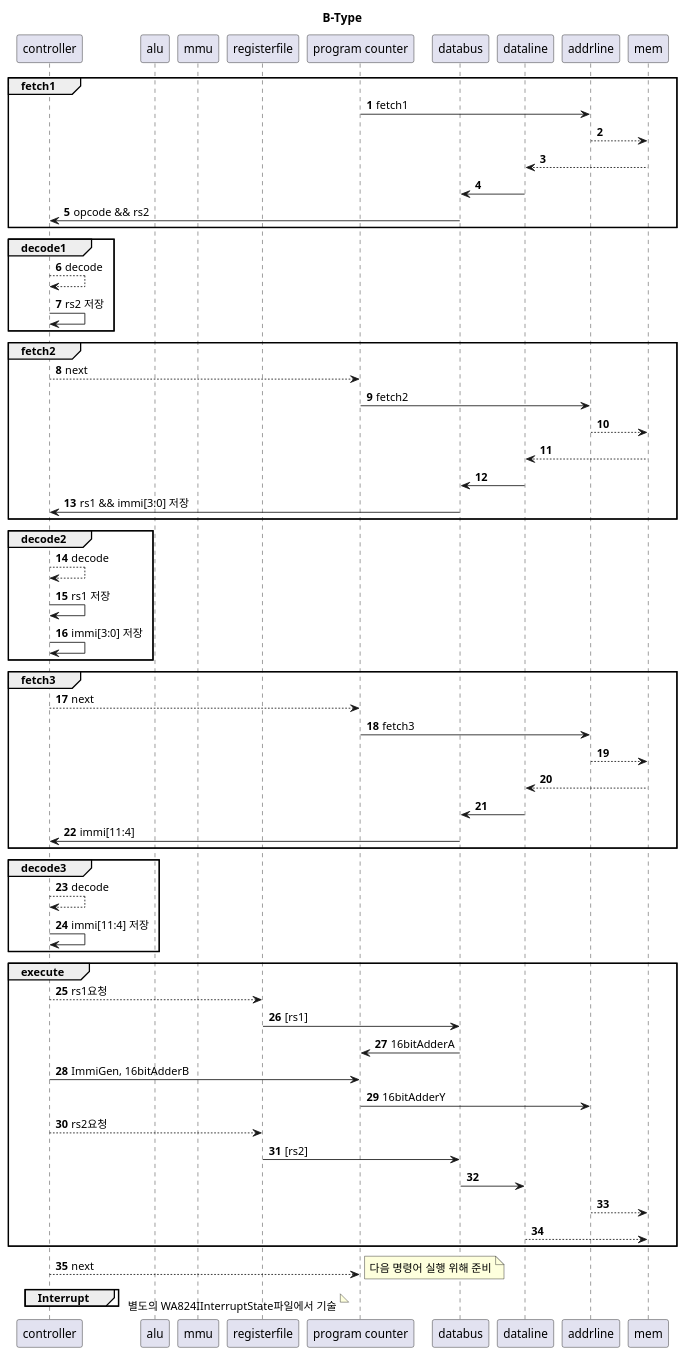
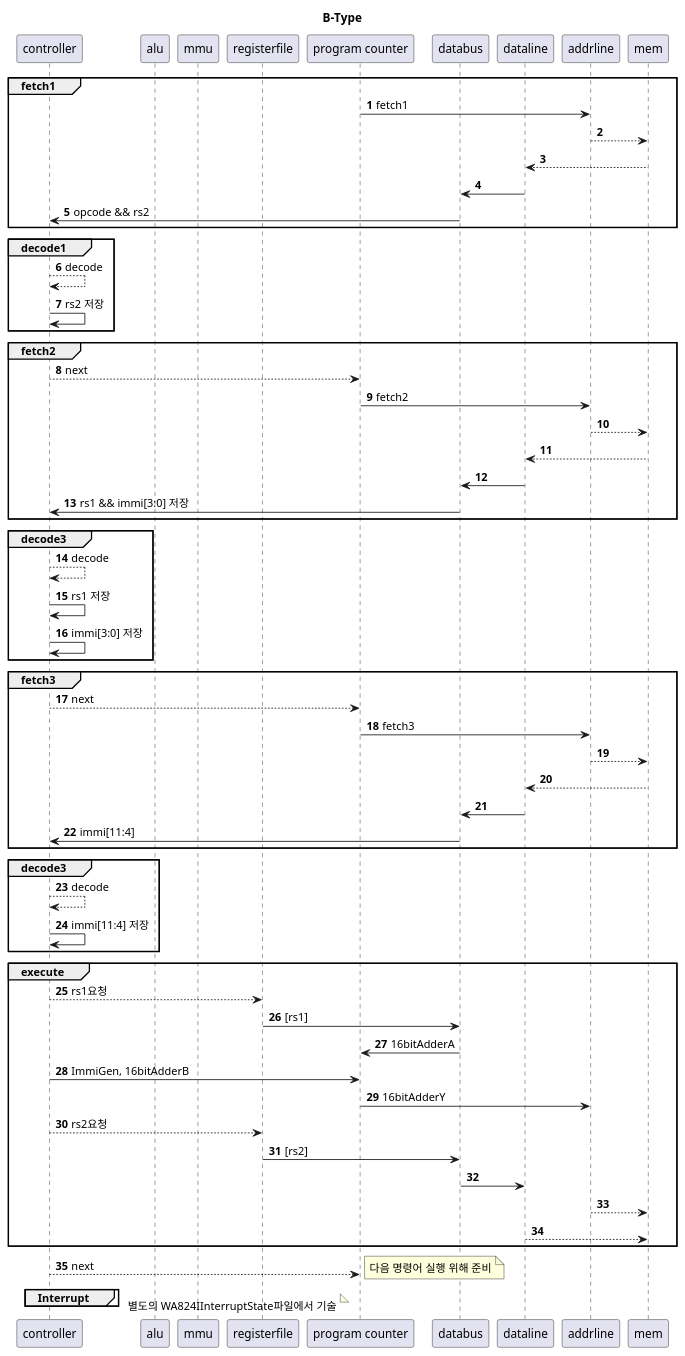
The diagram in wa824/docs/core/I/WA824IBTypeFlow.puml (BeomjunKim-3p/wach), drawn with PlantUML before and after one commit. The commit also changed 6 other files, not shown here.

Commit message:
Docs: fix control flow

```diff
--- a/wa824/docs/core/I/WA824IBTypeFlow.puml
+++ b/wa824/docs/core/I/WA824IBTypeFlow.puml
@@ -1,75 +1,75 @@
 @startuml
 title B-Type
 autonumber
 participant controller         as ct
 participant alu                as al
 participant mmu                as mm
 participant registerfile       as rf
 participant "program counter"  as pc
 participant databus            as db
 participant dataline           as dl
 participant addrline           as ad
 participant mem                as me
 
 group fetch1
   pc -> ad : fetch1
   ad --> me
   me --> dl
   dl -> db
   db -> ct : opcode && rs2
 end
 
 group decode1
   ct --> ct : decode
   ct -> ct : rs2 저장
 end
 
 group fetch2
   ct --> pc : next
   pc -> ad : fetch2
   ad --> me
   me --> dl
   dl -> db
   db -> ct : rs1 && immi[3:0] 저장
 end
 
-group decode2
+group decode3
   ct --> ct : decode
   ct -> ct : rs1 저장
   ct -> ct : immi[3:0] 저장
 end
 
 group fetch3
   ct --> pc : next
   pc -> ad : fetch3
   ad --> me
   me --> dl
   dl -> db
   db -> ct : immi[11:4]
 end
 
 group decode3
   ct --> ct : decode
   ct -> ct : immi[11:4] 저장
 end
 
 group execute
   ct --> rf : rs1요청
   rf -> db : [rs1]
   db -> pc : 16bitAdderA
   ct -> pc : ImmiGen, 16bitAdderB
   pc -> ad : 16bitAdderY
   ct --> rf: rs2요청
   rf -> db : [rs2]
   db -> dl
   ad --> me
   dl --> me
 end
 
 ct --> pc : next
 note right: 다음 명령어 실행 위해 준비
 
 group Interrupt
 end
 note right: 별도의 WA824IInterruptState파일에서 기술
 @enduml
```
